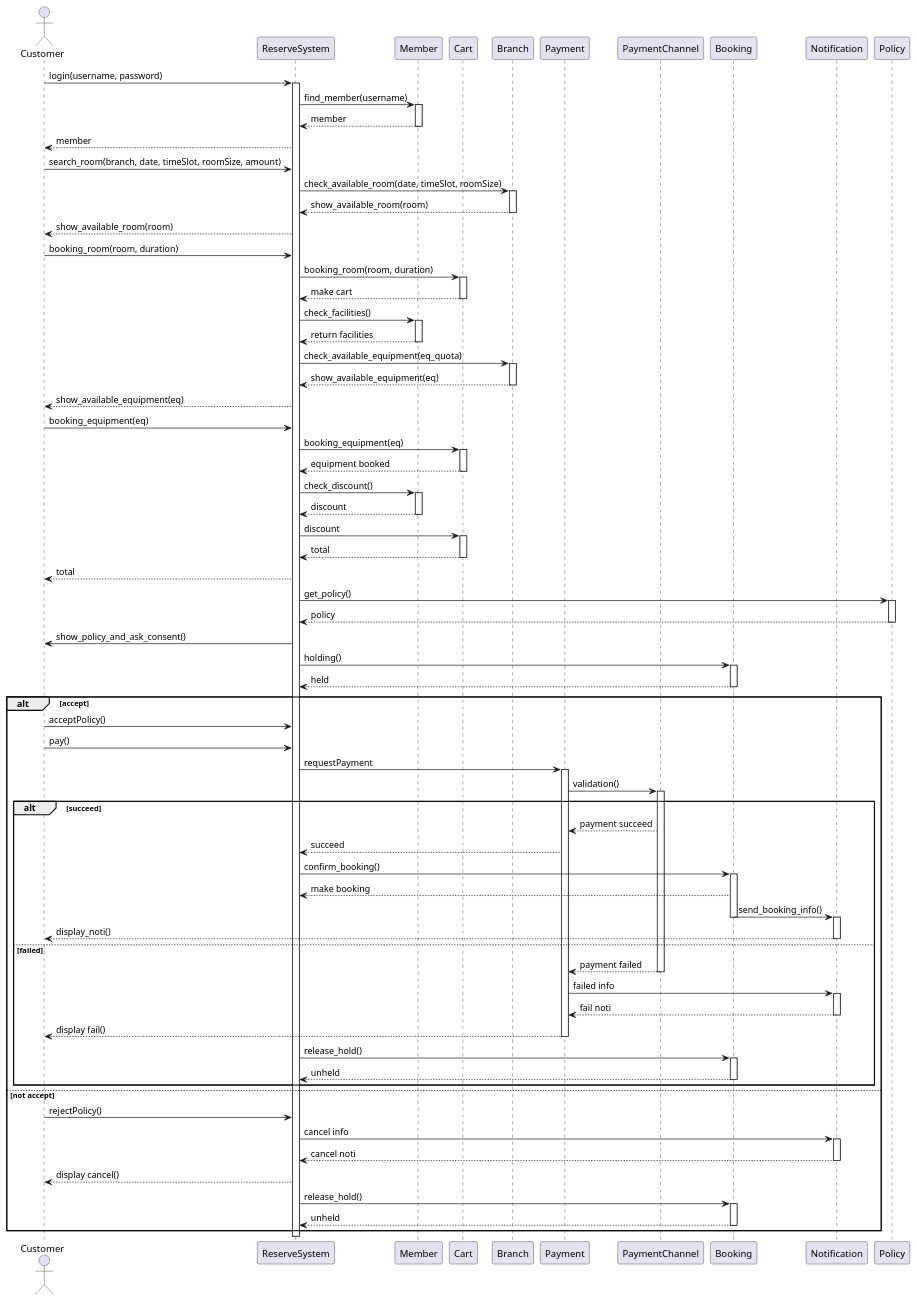
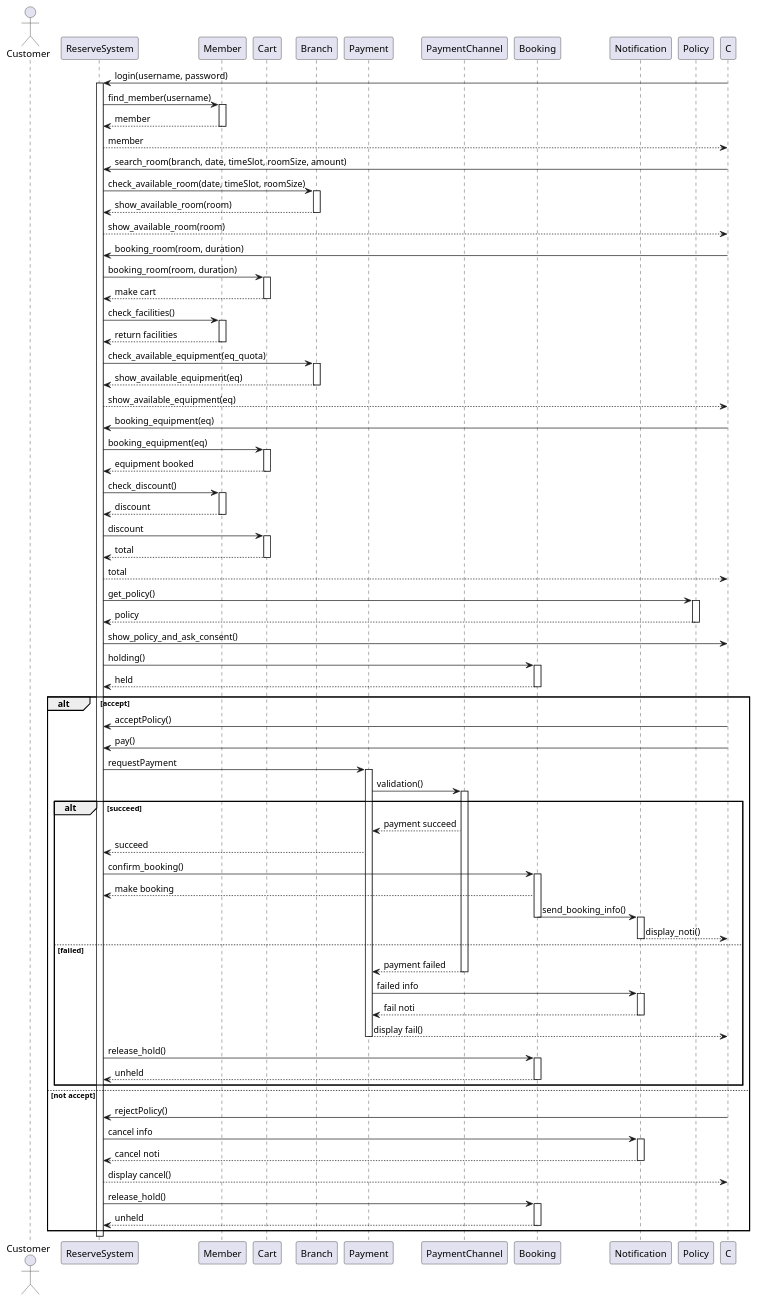
Before and after one commit to pjngth998/RhythmReserve: the diagram in diagram/sequence_diagram/book_practice_room copy.puml, drawn with PlantUML.

Commit message:
test conflict

```diff
--- a/diagram/sequence_diagram/book_practice_room copy.puml
+++ b/diagram/sequence_diagram/book_practice_room copy.puml
@@ -1,131 +1,131 @@
 @startuml
-actor Customer as C
+actor Customer as Cu
 participant ReserveSystem as Rs
 participant Member as Mb
 participant Cart as Ct
 participant Branch as Br
 participant Payment as Pm
 participant PaymentChannel as Pmch
 participant Booking as B
 participant Notification as N
 participant Policy as P
 
 C -> Rs: login(username, password)
 activate Rs
 Rs -> Mb: find_member(username)
 activate Mb
 
 Mb --> Rs: member
 deactivate Mb
 Rs --> C: member
 
 
 C -> Rs: search_room(branch, date, timeSlot, roomSize, amount)
 
 Rs -> Br: check_available_room(date, timeSlot, roomSize)
 activate Br
 Br --> Rs: show_available_room(room)
 deactivate Br
 Rs --> C: show_available_room(room)
 
 
 C -> Rs: booking_room(room, duration)
 Rs -> Ct: booking_room(room, duration)
 activate Ct
 Ct --> Rs: make cart
 deactivate Ct
 Rs -> Mb: check_facilities()
 activate Mb
 Mb --> Rs: return facilities
 deactivate Mb
 
 
 Rs -> Br: check_available_equipment(eq_quota)
 activate Br
 Br --> Rs: show_available_equipment(eq)
 deactivate Br
 Rs --> C: show_available_equipment(eq)
 
 
 C -> Rs: booking_equipment(eq)
 Rs -> Ct: booking_equipment(eq)
 activate Ct
 Ct --> Rs: equipment booked
 deactivate Ct
 
 Rs -> Mb: check_discount()
 activate Mb
 Mb --> Rs: discount
 deactivate Mb
 Rs -> Ct: discount
 activate Ct
 Ct --> Rs : total
 deactivate Ct
 Rs --> C : total
 
 Rs -> P: get_policy()
 activate P
 P --> Rs: policy
 deactivate P
 
 
 Rs -> C : show_policy_and_ask_consent()
 Rs -> B: holding()
 activate B
 B --> Rs : held
 deactivate B
 alt accept
     C -> Rs : acceptPolicy()
     C -> Rs: pay()
     Rs -> Pm: requestPayment
     activate Pm
     Pm -> Pmch: validation()
     activate Pmch
     alt succeed
         Pmch --> Pm :payment succeed
         
         Pm --> Rs : succeed
          
         Rs -> B: confirm_booking()
         activate B
         B --> Rs: make booking
         B -> N: send_booking_info()
         deactivate B
         activate N
         N --> C: display_noti()
         deactivate N
     else failed
 
         Pmch --> Pm: payment failed
         deactivate Pmch
         Pm -> N: failed info
         
         
         activate N
         N --> Pm: fail noti
         deactivate N
         Pm --> C: display fail()
         deactivate Pm
         Rs -> B: release_hold()
         activate B
         B --> Rs: unheld
         deactivate B
     end
 else not accept
     C -> Rs : rejectPolicy()
     Rs -> N: cancel info
     activate N
     N --> Rs : cancel noti
     deactivate N
     Rs --> C: display cancel()
     Rs -> B: release_hold()
     activate B
     B --> Rs: unheld
     deactivate B
 end
     
 
 
 
 
 @enduml
```
